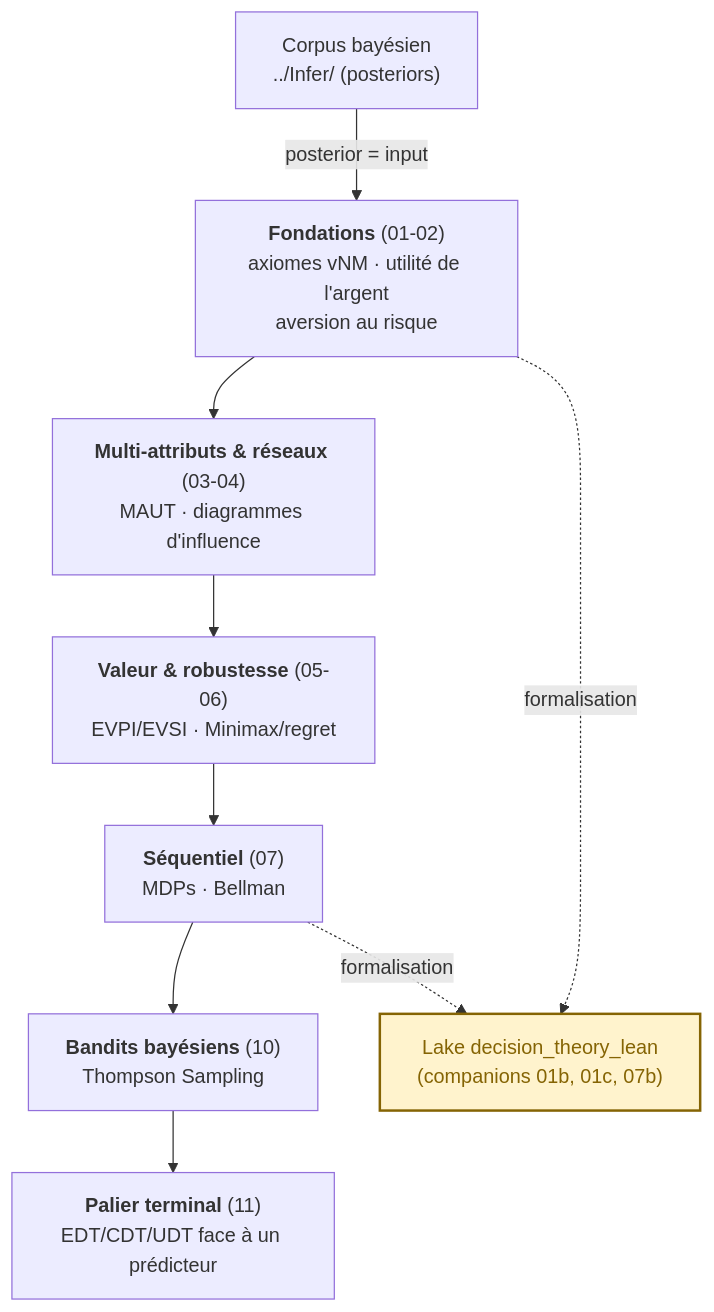
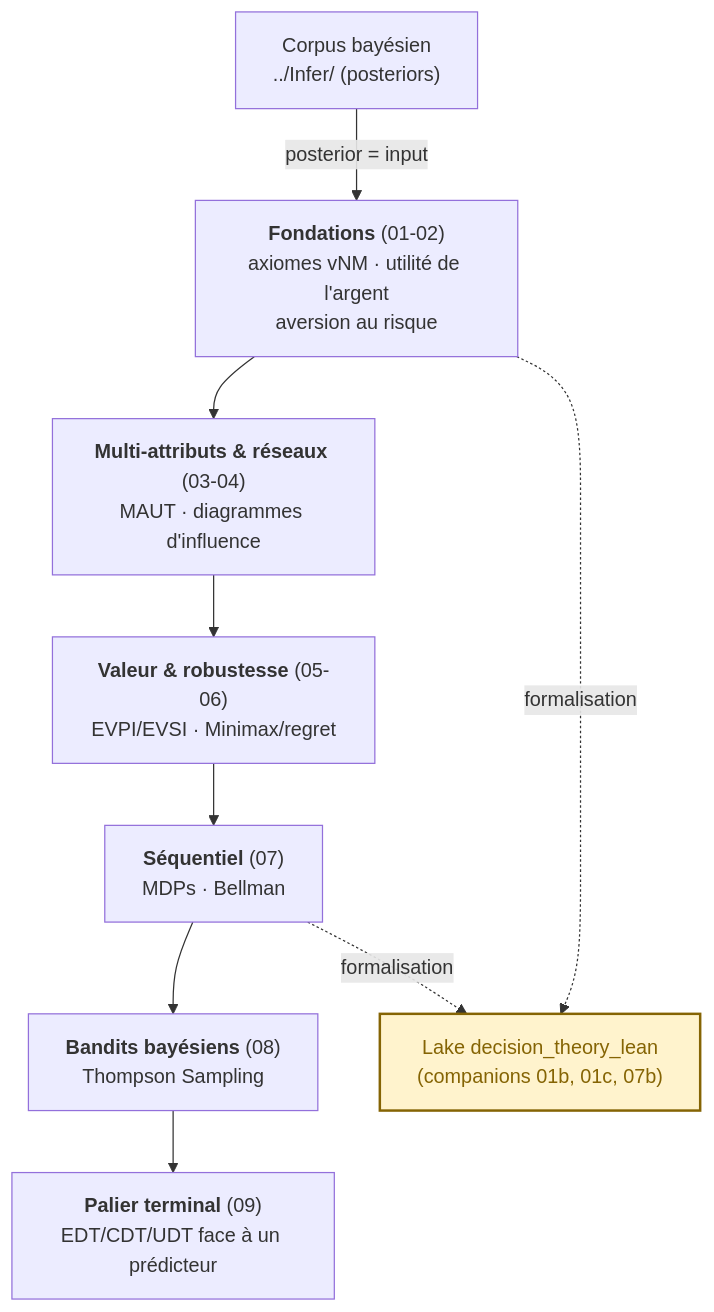
One commit to jsboige/CoursIA changed the diagram in MyIA.AI.Notebooks/Probas/DecisionTheory/DecInfer/README.md. Above: the diagram before and after it, drawn with Mermaid. The commit also changed other lines of this file and 6 other files, not shown here.

````diff
--- a/MyIA.AI.Notebooks/Probas/DecisionTheory/DecInfer/README.md
+++ b/MyIA.AI.Notebooks/Probas/DecisionTheory/DecInfer/README.md
@@ -50,18 +50,18 @@
 ```mermaid
 flowchart TD
     A["<b>Fondations</b> (01-02)<br/>axiomes vNM · utilité de l'argent<br/>aversion au risque"]
     B["<b>Multi-attributs & réseaux</b> (03-04)<br/>MAUT · diagrammes d'influence"]
     C["<b>Valeur & robustesse</b> (05-06)<br/>EVPI/EVSI · Minimax/regret"]
     D["<b>Séquentiel</b> (07)<br/>MDPs · Bellman"]
-    E["<b>Bandits bayésiens</b> (10)<br/>Thompson Sampling"]
-    F["<b>Palier terminal</b> (11)<br/>EDT/CDT/UDT face à un prédicteur"]
+    E["<b>Bandits bayésiens</b> (08)<br/>Thompson Sampling"]
+    F["<b>Palier terminal</b> (09)<br/>EDT/CDT/UDT face à un prédicteur"]
     BAY["Corpus bayésien<br/>../Infer/ (posteriors)"]
     LAKE["Lake decision_theory_lean<br/>(companions 01b, 01c, 07b)"]
     BAY -->|"posterior = input"| A
     A --> B --> C --> D --> E --> F
     A -.->|"formalisation"| LAKE
     D -.->|"formalisation"| LAKE
     %% color: explicite -- sans lui, libelle clair sur fond clair en mode sombre GitHub (#15022) ; ne pas harmoniser le ton avec le stroke (libelle sinon illisible)
     classDef lean fill:#fff3cd,stroke:#856404,stroke-width:2px,color:#856404;
     class LAKE lean;
 ```
````
